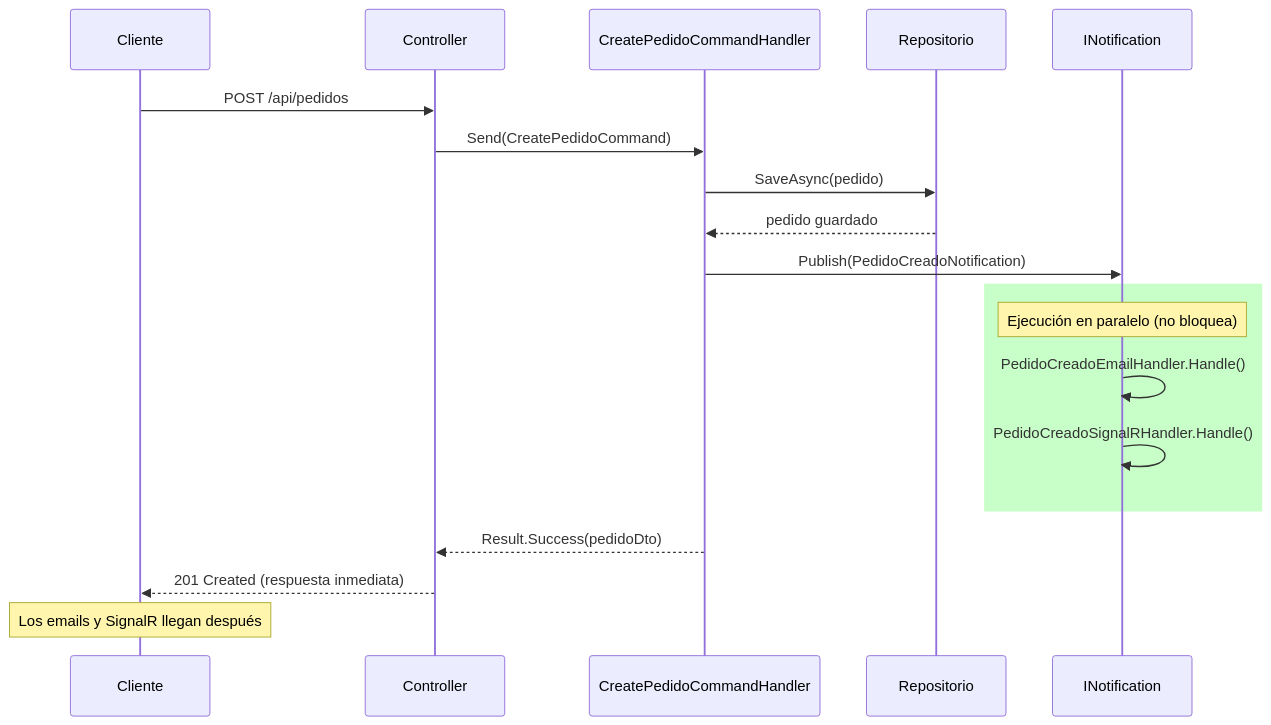
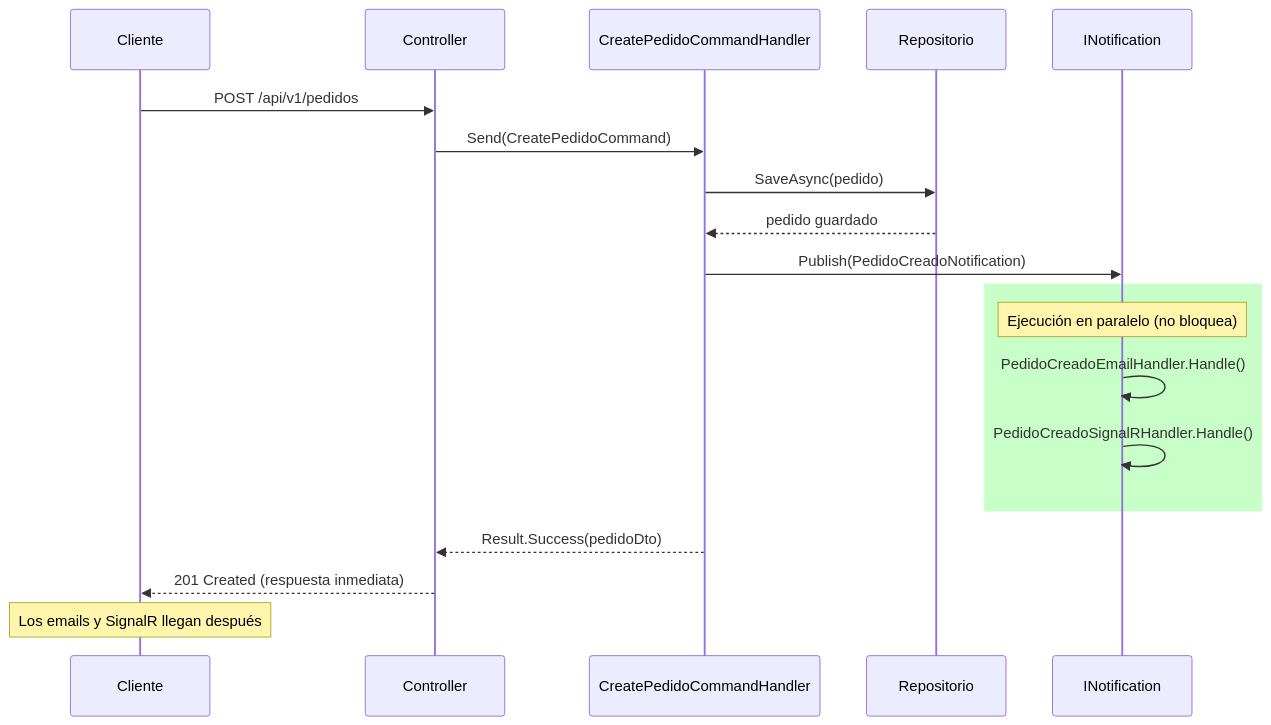
The fifth of 19 diagrams in doc/14-mediatr-cqrs-eventos.md (joseluisgs/TiendaDawApi-Cqrs-MediatR-NetCore), drawn with Mermaid before and after one commit. The commit also changed other lines of this file and 226 other files, not shown here.

````diff
--- a/doc/14-mediatr-cqrs-eventos.md
+++ b/doc/14-mediatr-cqrs-eventos.md
@@ -467,27 +467,27 @@
 ```mermaid
 sequenceDiagram
     participant Client as Cliente
     participant Ctrl as Controller
     participant Handler as CreatePedidoCommandHandler
     participant Repo as Repositorio
     participant Notif as INotification
     
-    Client->>Ctrl: POST /api/pedidos
+    Client->>Ctrl: POST /api/v1/pedidos
     Ctrl->>Handler: Send(CreatePedidoCommand)
     
     Handler->>Repo: SaveAsync(pedido)
     Repo-->>Handler: pedido guardado
     
     Handler->>Notif: Publish(PedidoCreadoNotification)
     
     rect rgb(200, 255, 200)
     Note over Notif: Ejecución en paralelo (no bloquea)
     Notif->>Notif: PedidoCreadoEmailHandler.Handle()
     Notif->>Notif: PedidoCreadoSignalRHandler.Handle()
     end
     
     Handler-->>Ctrl: Result.Success(pedidoDto)
     Ctrl-->>Client: 201 Created (respuesta inmediata)
     
     Note over Client: Los emails y SignalR llegan después
 ```
````
